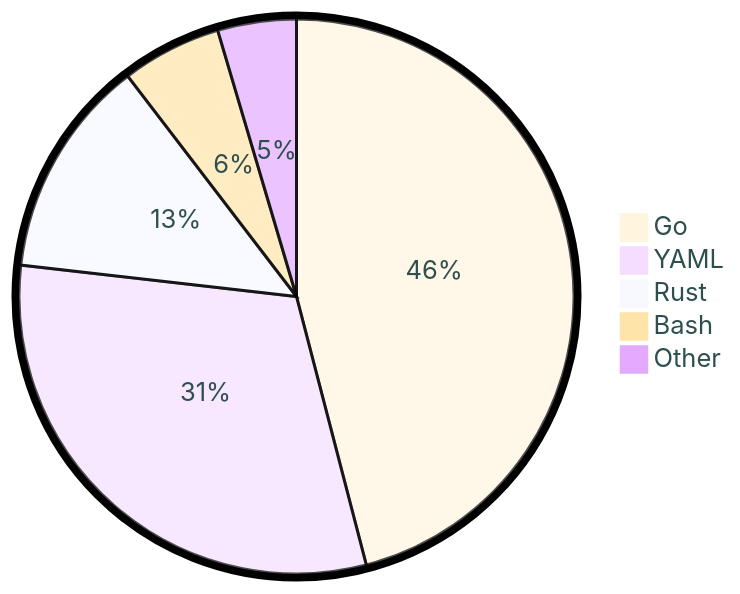
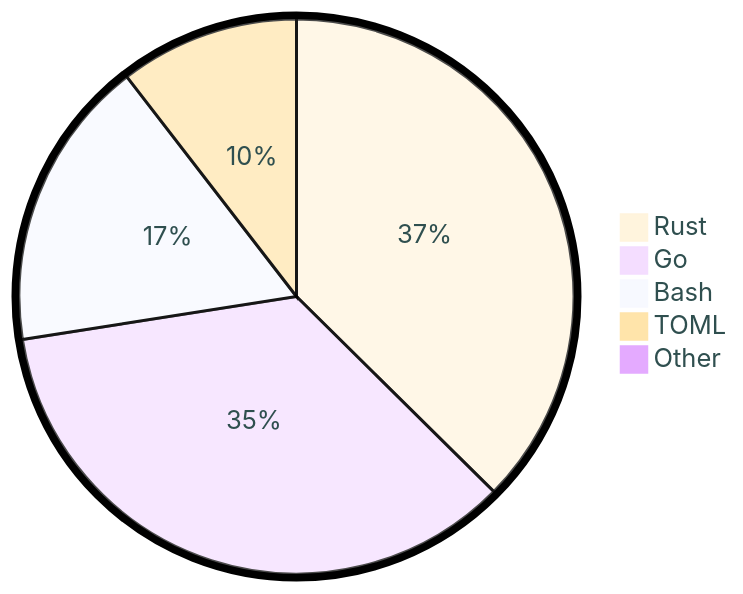
One commit to tot0p/tot0p changed the diagram in README.md. Above: the diagram before and after it, drawn with Mermaid. The commit also changed other lines of this file, not shown here.

````diff
--- a/README.md
+++ b/README.md
@@ -129,9 +123,9 @@
 ```mermaid
 %%{init: {"pie": {"textPosition": 0.5}, "themeVariables": {"pieOuterStrokeWidth": "5px","primaryTextColor" : "#2F4F4F"},"theme":"base"} }%%
 pie
-	"Go": 45.94
-	"YAML": 30.85
-	"Rust": 12.79
-	"Bash": 5.82
-	"Other": 4.58
+	"Rust": 37.07
+	"Go": 34.8
+	"Bash": 16.86
+	"TOML": 10.37
+	"Other": 0.8999999999999999
 ```
````
